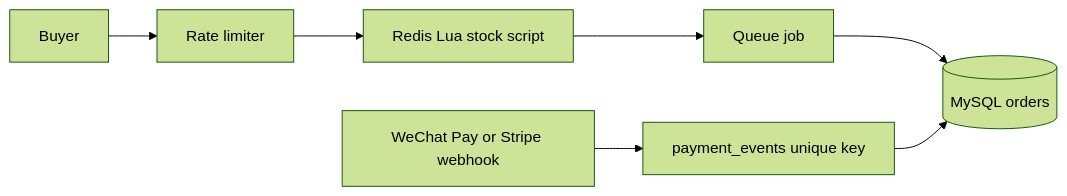
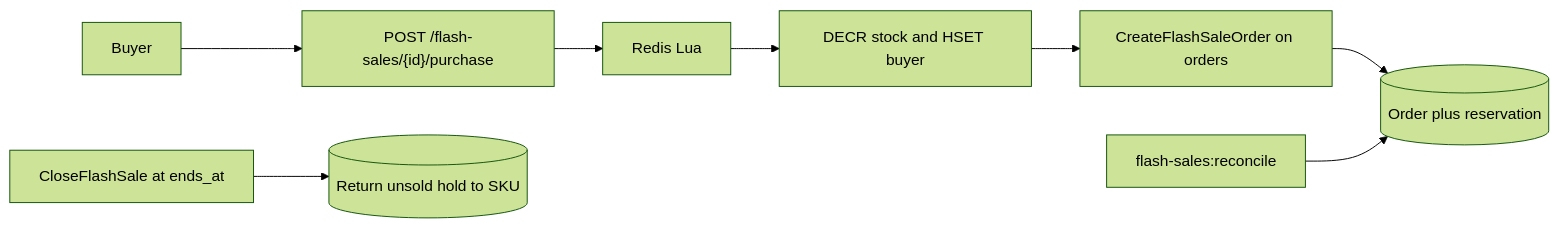
Before and after one commit to z18666607076-tech/flashmall-api: the second of 3 diagrams in README.md, drawn with Mermaid (forest theme). The commit also changed other lines of this file and 84 other files, not shown here.

First line of the commit message:
feat: add cart, orders, and flash-sale stock holds (#2)

````diff
--- a/README.md
+++ b/README.md
@@ -56,9 +64,10 @@
 ```mermaid
 flowchart LR
-  Buyer[Buyer] --> Limit[Rate limiter]
-  Limit --> Lua[Redis Lua stock script]
-  Lua --> Queue[Queue job]
-  Queue --> Orders[(MySQL orders)]
-  Pay[WeChat Pay or Stripe webhook] --> Idem[payment_events unique key]
-  Idem --> Orders
+  Buyer[Buyer] --> Purchase["POST /flash-sales/{id}/purchase"]
+  Purchase --> Lua[Redis Lua]
+  Lua --> Hold["DECR stock and HSET buyer"]
+  Hold --> Queue[CreateFlashSaleOrder on orders]
+  Queue --> MySQL[(Order plus reservation)]
+  Reconcile[flash-sales:reconcile] --> MySQL
+  Close[CloseFlashSale at ends_at] --> Sku[(Return unsold hold to SKU)]
 ```
````
